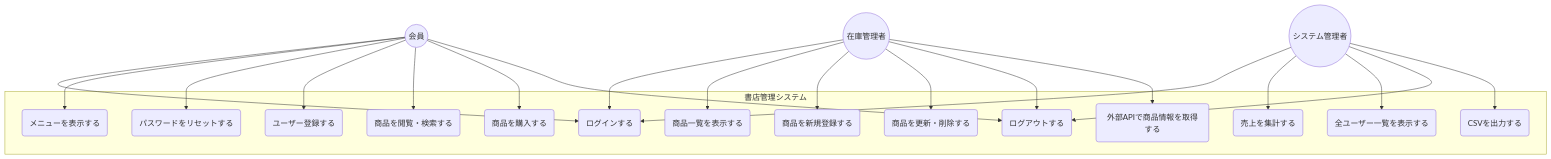
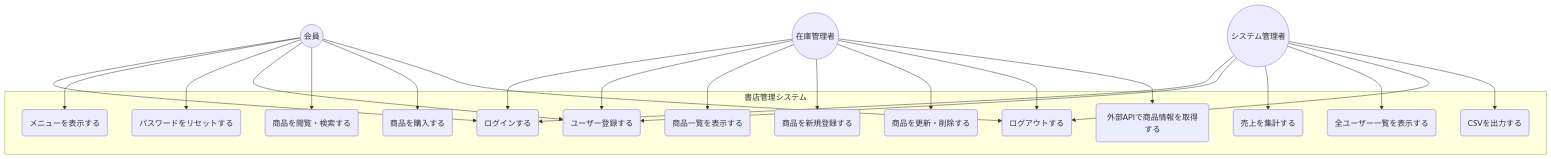
One commit to namae-mizutani/yuki-mizutani-educure-app changed the diagram in 8-3_要件定義/use_case.md. Above: the diagram before and after it, drawn with Mermaid. The commit also changed 1 other file, not shown here.

Commit message:
8-3課題修正

````diff
--- a/8-3_要件定義/use_case.md
+++ b/8-3_要件定義/use_case.md
@@ -1,44 +1,46 @@
 ```mermaid
 graph TD
     User((会員))
     Staff((在庫管理者))
     Master((システム管理者))
 
     subgraph System [書店管理システム]
         UC1(ログインする)
         UC2(メニューを表示する)
         UC3(パスワードをリセットする)
         UC4(ユーザー登録する)
         UC7(商品を閲覧・検索する)
         UC8(商品を購入する)
         UC11(商品一覧を表示する)
         UC12(売上を集計する)
         UC13(商品を新規登録する)
         UC14(商品を更新・削除する)
         UC15(全ユーザー一覧を表示する)
         UC16(ログアウトする)
         UC17(外部APIで商品情報を取得する)
         UC18(CSVを出力する)
     end
 
     User --> UC1
     User --> UC2
     User --> UC3
     User --> UC4
     User --> UC7
     User --> UC8
     User --> UC16
 
     Staff --> UC1
+    Staff --> UC4
     Staff --> UC11
     Staff --> UC13
     Staff --> UC14
     Staff --> UC16
     Staff --> UC17
 
     Master --> UC1
+    Master --> UC4
     Master --> UC12
     Master --> UC15
     Master --> UC16
     Master --> UC18
 ```
````
